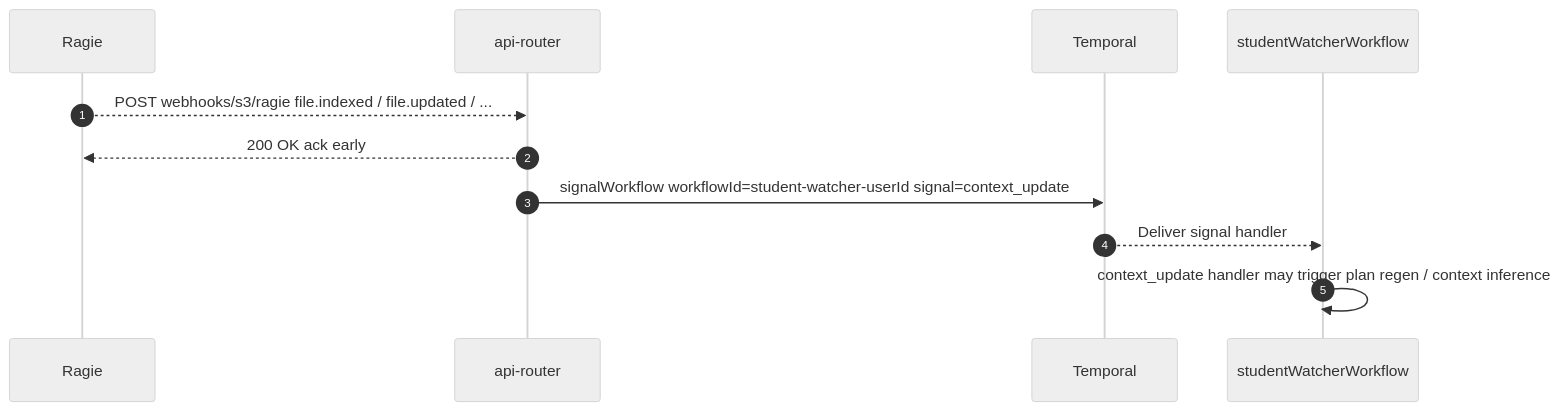
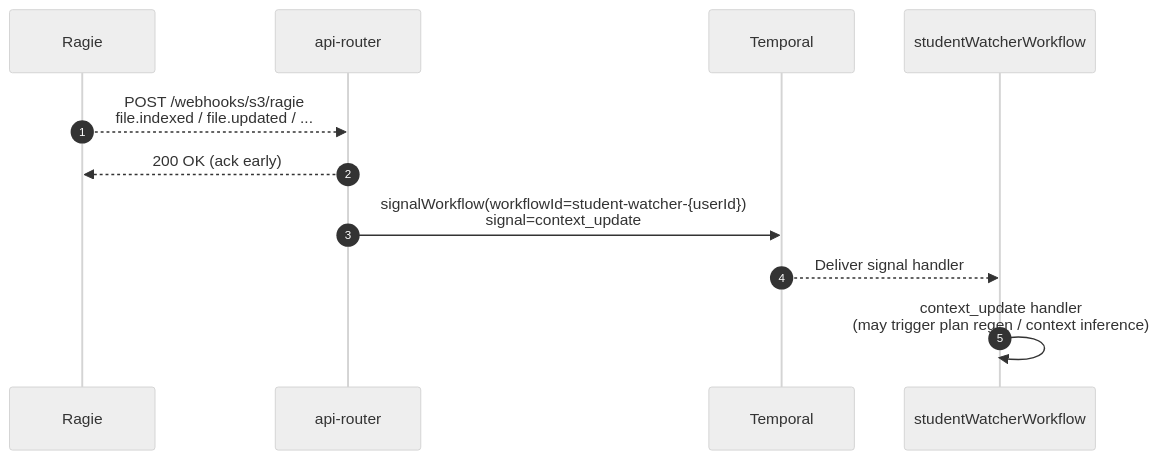
Diagram 13 of 23 in docs/engineering/architecture/how-dormway-works.mdx (DormWay/mintlify-docs), drawn with Mermaid (neutral theme) before and after one commit. The commit also changed other lines of this file and 26 other files, not shown here.

````diff
--- a/docs/engineering/architecture/how-dormway-works.mdx
+++ b/docs/engineering/architecture/how-dormway-works.mdx
@@ -700,14 +700,14 @@
 ```mermaid
 sequenceDiagram
   autonumber
   participant Ragie as Ragie
   participant API as api-router
   participant Temporal as Temporal
   participant Watcher as studentWatcherWorkflow
 
-  Ragie-->>API: POST webhooks/s3/ragie file.indexed / file.updated / ...
-  API-->>Ragie: 200 OK ack early
-  API->>Temporal: signalWorkflow workflowId=student-watcher-userId signal=context_update
+  Ragie-->>API: POST /webhooks/s3/ragie<br/>file.indexed / file.updated / ...
+  API-->>Ragie: 200 OK (ack early)
+  API->>Temporal: signalWorkflow(workflowId=student-watcher-{userId})<br/>signal=context_update
   Temporal-->>Watcher: Deliver signal handler
-  Watcher->>Watcher: context_update handler may trigger plan regen / context inference
+  Watcher->>Watcher: context_update handler<br/>(may trigger plan regen / context inference)
 ```
````
